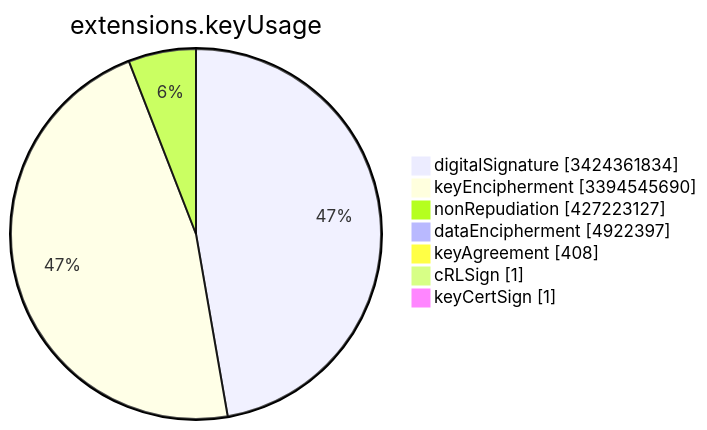
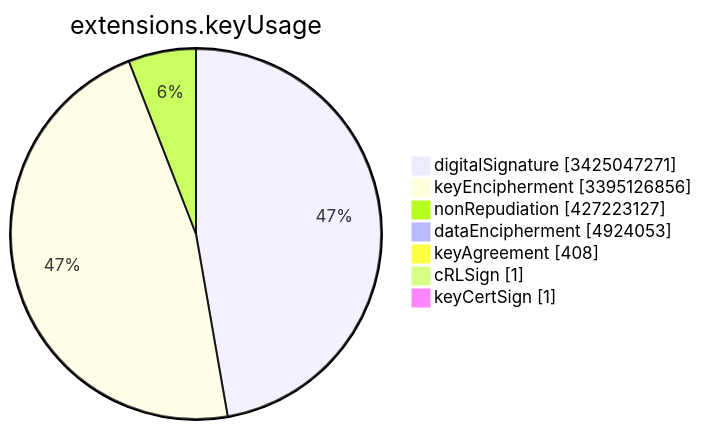
One commit to christiankrug/ctmonitor_visualization changed the sixth of 15 diagrams in TOTAL/README.md. Above: the diagram before and after it, drawn with Mermaid. The commit also changed other lines of this file, not shown here.

````diff
--- a/TOTAL/README.md
+++ b/TOTAL/README.md
@@ -3081,11 +3081,11 @@
 ```mermaid
 pie showData
 title extensions.keyUsage
-"digitalSignature" :3424361834
-"keyEncipherment" :3394545690
+"digitalSignature" :3425047271
+"keyEncipherment" :3395126856
 "nonRepudiation" :427223127
-"dataEncipherment" :4922397
+"dataEncipherment" :4924053
 "keyAgreement" :408
 "cRLSign" :1
 "keyCertSign" :1
 ```
````
